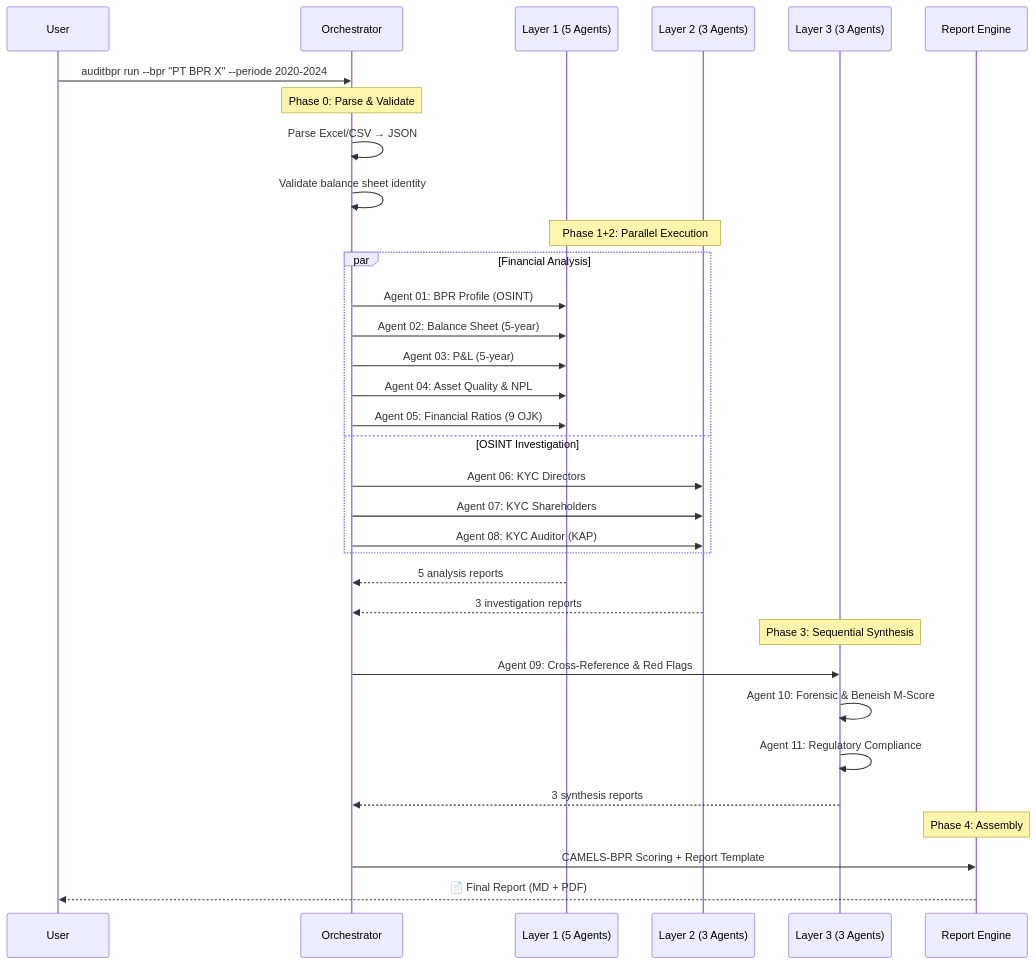
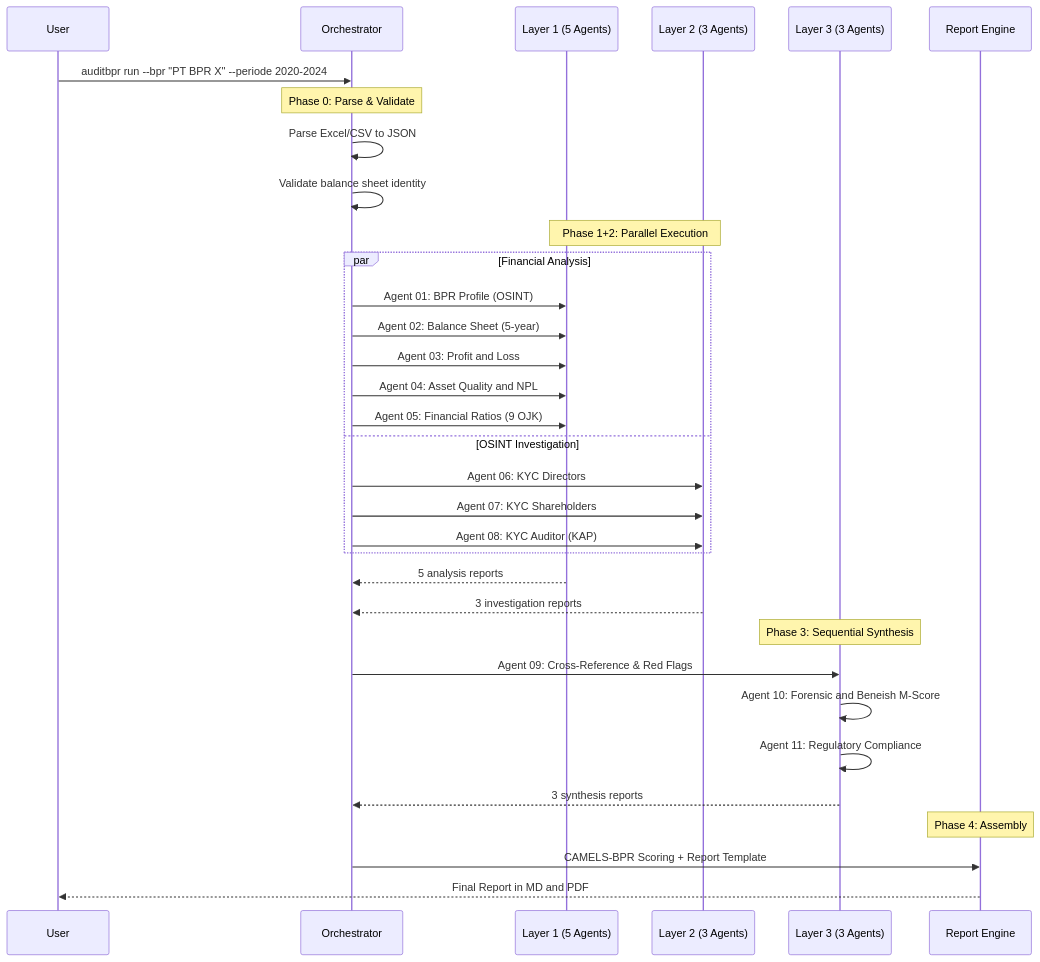
The second of 4 diagrams in README.md (digimetalab/auditbpr), drawn with Mermaid before and after one commit. The commit also changed other lines of this file, not shown here.

Commit message:
fix: fix README rendering - remove CDATA wrapper and simplify Mermaid diagrams for GitHub

````diff
--- a/README.md
+++ b/README.md
@@ -87,41 +79,41 @@
 ```mermaid
 sequenceDiagram
     participant U as User
     participant O as Orchestrator
     participant L1 as Layer 1 (5 Agents)
     participant L2 as Layer 2 (3 Agents)
     participant L3 as Layer 3 (3 Agents)
     participant R as Report Engine
 
     U->>O: auditbpr run --bpr "PT BPR X" --periode 2020-2024
     
     Note over O: Phase 0: Parse & Validate
-    O->>O: Parse Excel/CSV → JSON
+    O->>O: Parse Excel/CSV to JSON
     O->>O: Validate balance sheet identity
 
     Note over L1,L2: Phase 1+2: Parallel Execution
     par Financial Analysis
         O->>L1: Agent 01: BPR Profile (OSINT)
         O->>L1: Agent 02: Balance Sheet (5-year)
-        O->>L1: Agent 03: P&L (5-year)
-        O->>L1: Agent 04: Asset Quality & NPL
+        O->>L1: Agent 03: Profit and Loss
+        O->>L1: Agent 04: Asset Quality and NPL
         O->>L1: Agent 05: Financial Ratios (9 OJK)
     and OSINT Investigation
         O->>L2: Agent 06: KYC Directors
         O->>L2: Agent 07: KYC Shareholders
         O->>L2: Agent 08: KYC Auditor (KAP)
     end
 
     L1-->>O: 5 analysis reports
     L2-->>O: 3 investigation reports
 
     Note over L3: Phase 3: Sequential Synthesis
     O->>L3: Agent 09: Cross-Reference & Red Flags
-    L3->>L3: Agent 10: Forensic & Beneish M-Score
+    L3->>L3: Agent 10: Forensic and Beneish M-Score
     L3->>L3: Agent 11: Regulatory Compliance
     L3-->>O: 3 synthesis reports
 
     Note over R: Phase 4: Assembly
     O->>R: CAMELS-BPR Scoring + Report Template
-    R-->>U: 📄 Final Report (MD + PDF)
+    R-->>U: Final Report in MD and PDF
 ```
````
